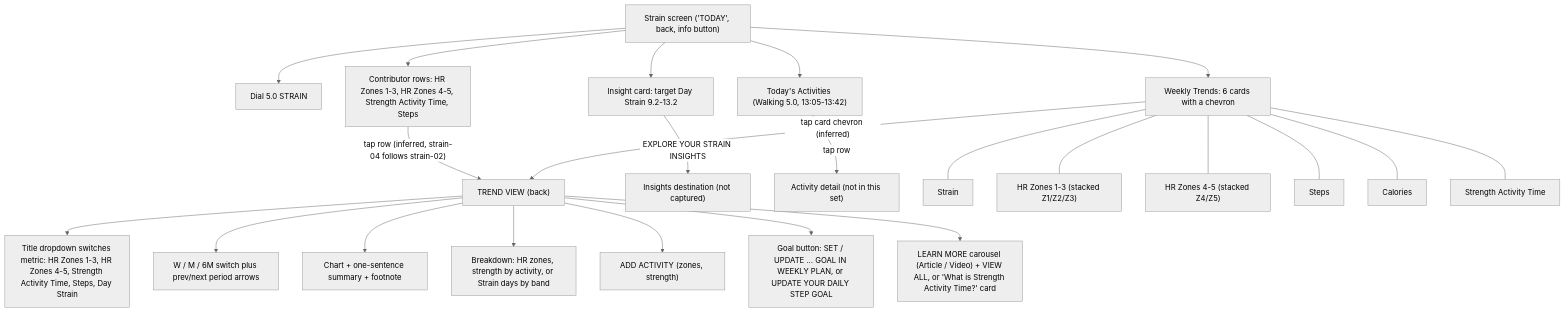
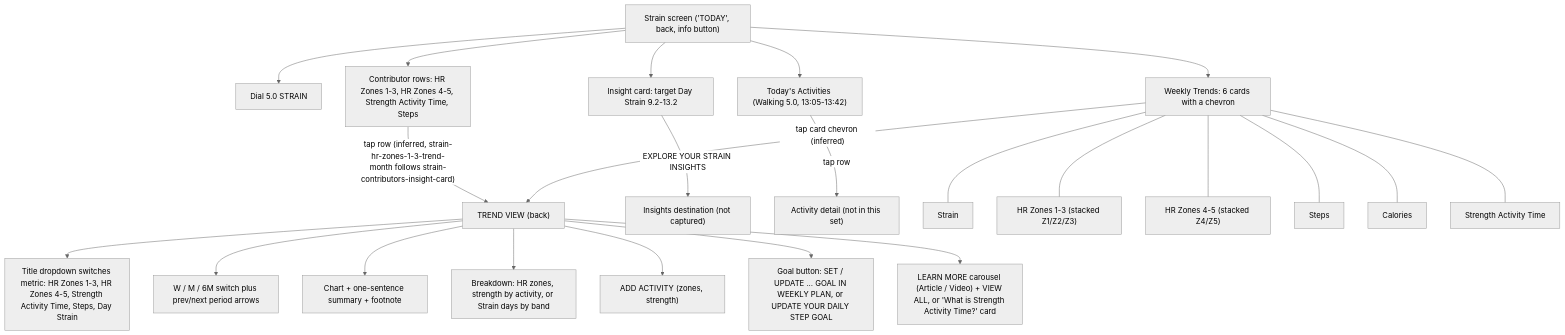
One commit to adityaongit/pulse changed the diagram in docs/research/whoop-ui-gaps/strain.md. Above: the diagram before and after it, drawn with Mermaid (neutral theme). The commit also changed other lines of this file and 51 other files, not shown here.

````diff
--- a/docs/research/whoop-ui-gaps/strain.md
+++ b/docs/research/whoop-ui-gaps/strain.md
@@ -13,28 +13,28 @@
 ```mermaid
 flowchart TD
   A["Strain screen ('TODAY', back, info button)"] --> D["Dial 5.0 STRAIN"]
   A --> R["Contributor rows: HR Zones 1-3, HR Zones 4-5, Strength Activity Time, Steps"]
   A --> I["Insight card: target Day Strain 9.2-13.2"]
   A --> T["Today's Activities (Walking 5.0, 13:05-13:42)"]
   A --> W["Weekly Trends: 6 cards with a chevron"]
 
-  R -->|"tap row (inferred, strain-04 follows strain-02)"| TV
+  R -->|"tap row (inferred, strain-hr-zones-1-3-trend-month follows strain-contributors-insight-card)"| TV
   W -->|"tap card chevron (inferred)"| TV
   I -->|"EXPLORE YOUR STRAIN INSIGHTS"| X["Insights destination (not captured)"]
   T -->|"tap row"| Y["Activity detail (not in this set)"]
 
   W --- W1["Strain"]
   W --- W2["HR Zones 1-3 (stacked Z1/Z2/Z3)"]
   W --- W3["HR Zones 4-5 (stacked Z4/Z5)"]
   W --- W4["Steps"]
   W --- W5["Calories"]
   W --- W6["Strength Activity Time"]
 
   TV["TREND VIEW (back)"] --> SW["Title dropdown switches metric: HR Zones 1-3, HR Zones 4-5, Strength Activity Time, Steps, Day Strain"]
   TV --> RG["W / M / 6M switch plus prev/next period arrows"]
   TV --> CH["Chart + one-sentence summary + footnote"]
   TV --> BR["Breakdown: HR zones, strength by activity, or Strain days by band"]
   TV --> AA["ADD ACTIVITY (zones, strength)"]
   TV --> GL["Goal button: SET / UPDATE ... GOAL IN WEEKLY PLAN, or UPDATE YOUR DAILY STEP GOAL"]
   TV --> LM["LEARN MORE carousel (Article / Video) + VIEW ALL, or 'What is Strength Activity Time?' card"]
 ```
````
